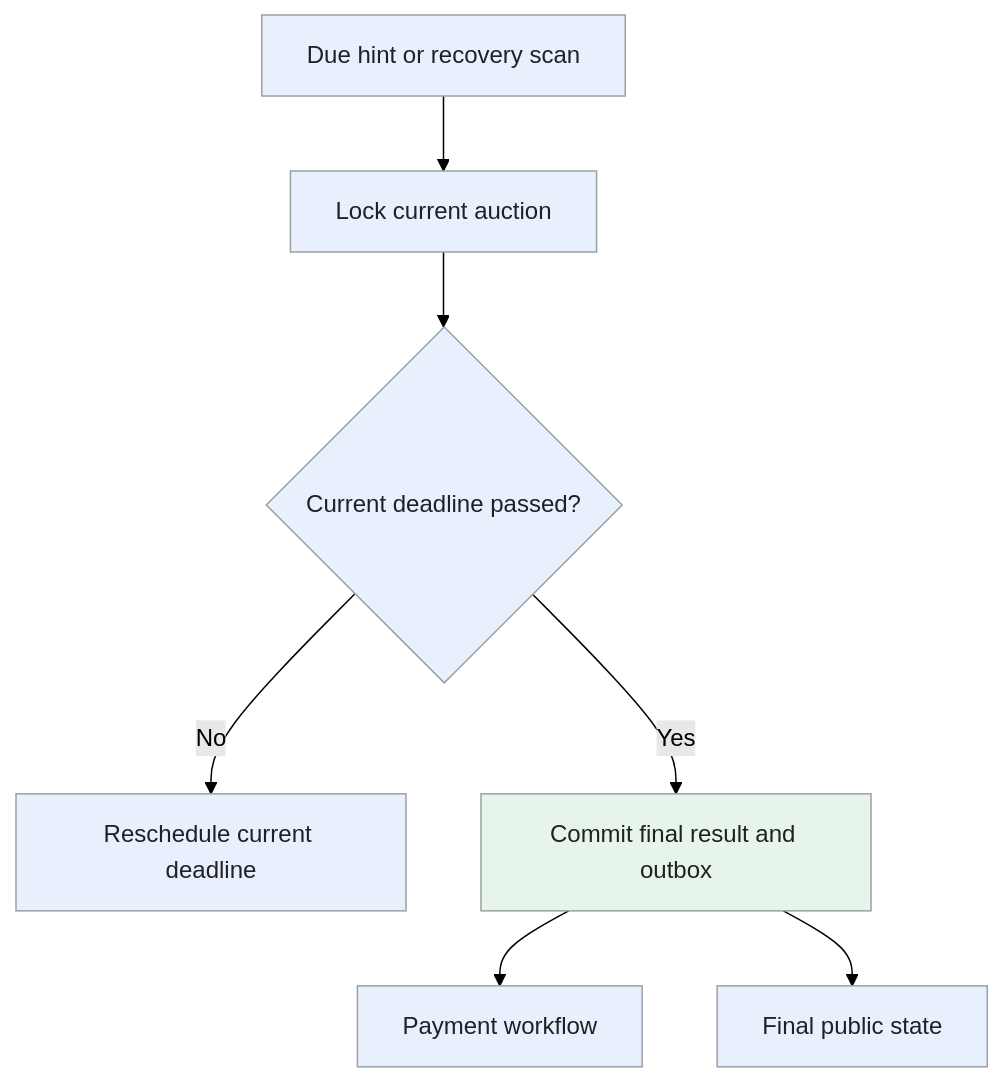
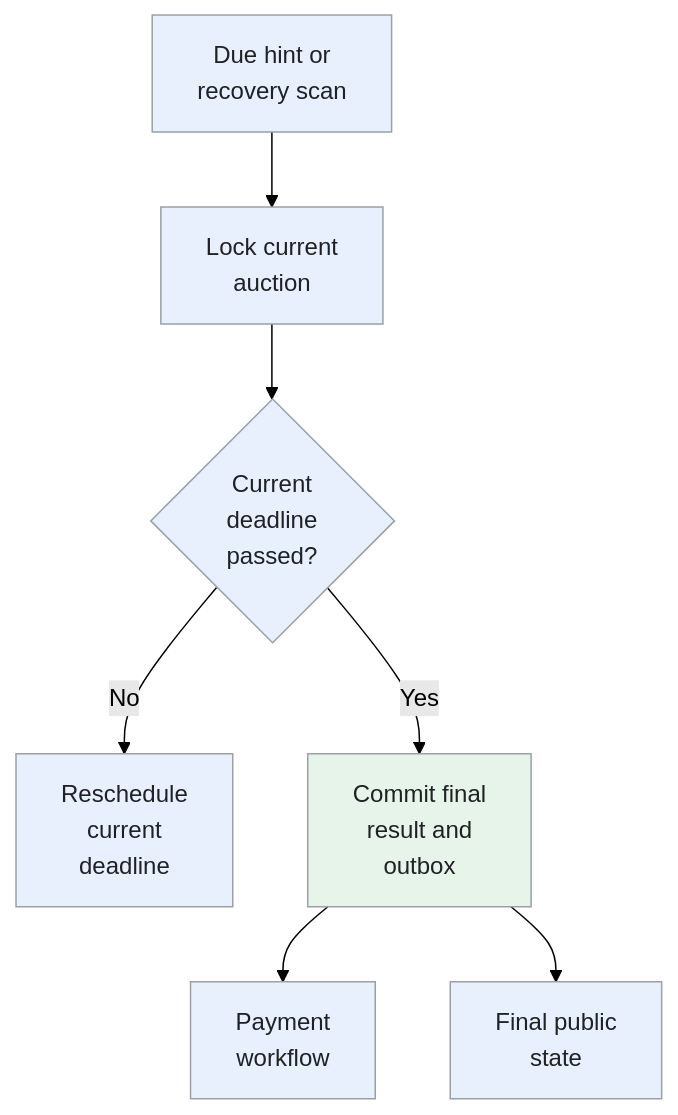
The sixth of 6 diagrams in _designs/online-auction.md (iliazlobin/iliazlobin.github.io), drawn with Mermaid (forest theme) before and after one commit. The commit also changed other lines of this file and 116 other files, not shown here.

````diff
--- a/_designs/online-auction.md
+++ b/_designs/online-auction.md
@@ -332,14 +363,14 @@
 ```mermaid
 flowchart TB
-  H["Due hint or recovery scan"] --> L["Lock current auction"]
-  L --> D{"Current deadline passed?"}
-  D -->|"No"| R["Reschedule current deadline"]
-  D -->|"Yes"| F["Commit final result and outbox"]
-  F --> P["Payment workflow"]
-  F --> N["Final public state"]
+  H["Due hint or<br>recovery scan"] --> L["Lock current<br>auction"]
+  L --> D{"Current<br>deadline<br>passed?"}
+  D -->|"No"| R["Reschedule<br>current<br>deadline"]
+  D -->|"Yes"| F["Commit final<br>result and<br>outbox"]
+  F --> P["Payment<br>workflow"]
+  F --> N["Final public<br>state"]
   classDef request fill:#e8f0fe,stroke:#9aa0a6,color:#202124,stroke-width:1px
   classDef background fill:#e6f4ea,stroke:#9aa0a6,color:#202124,stroke-width:1px
   classDef control fill:#fef7e0,stroke:#9aa0a6,color:#202124,stroke-width:1px
   class H,L,D,R,P,N request
   class F background
 ```
````
